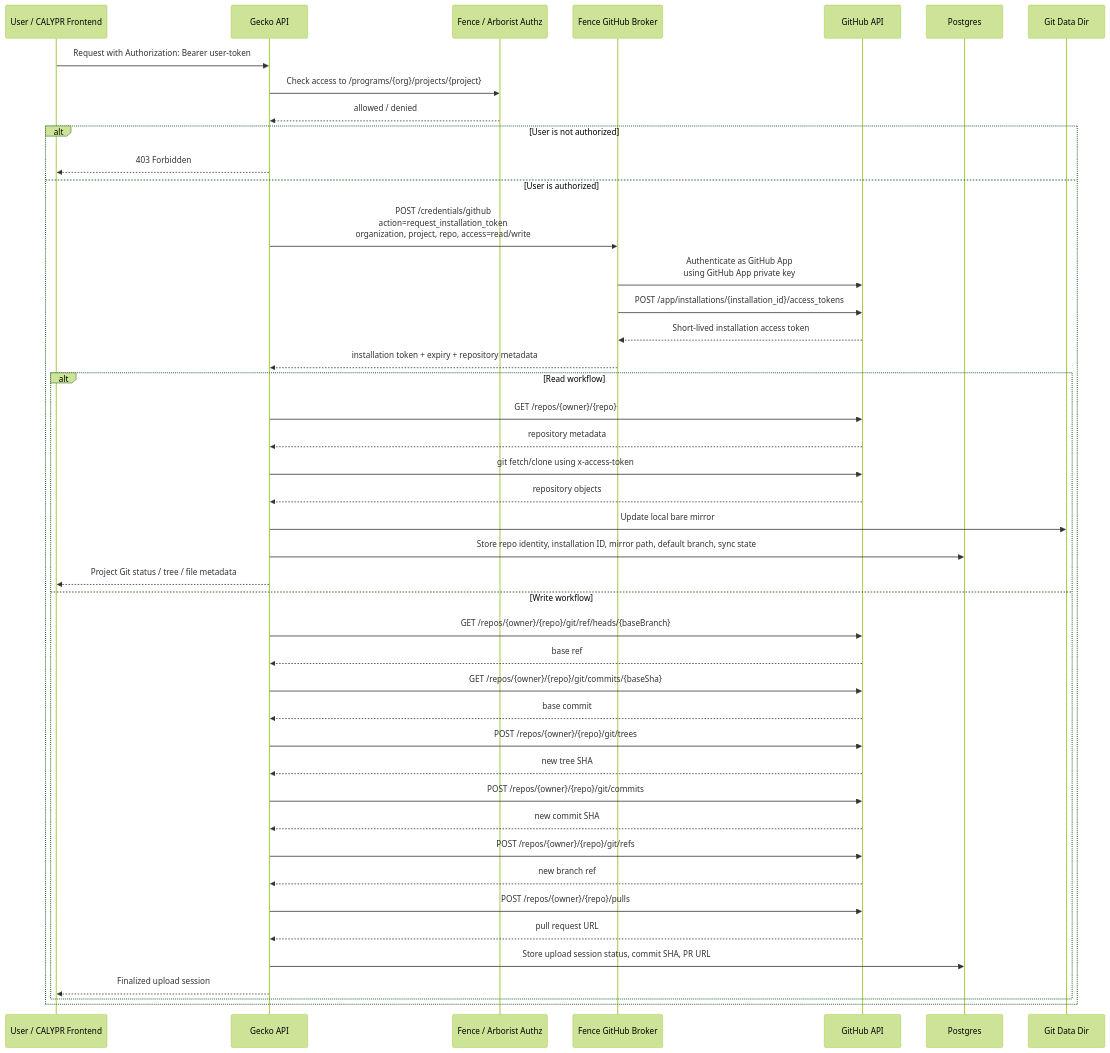
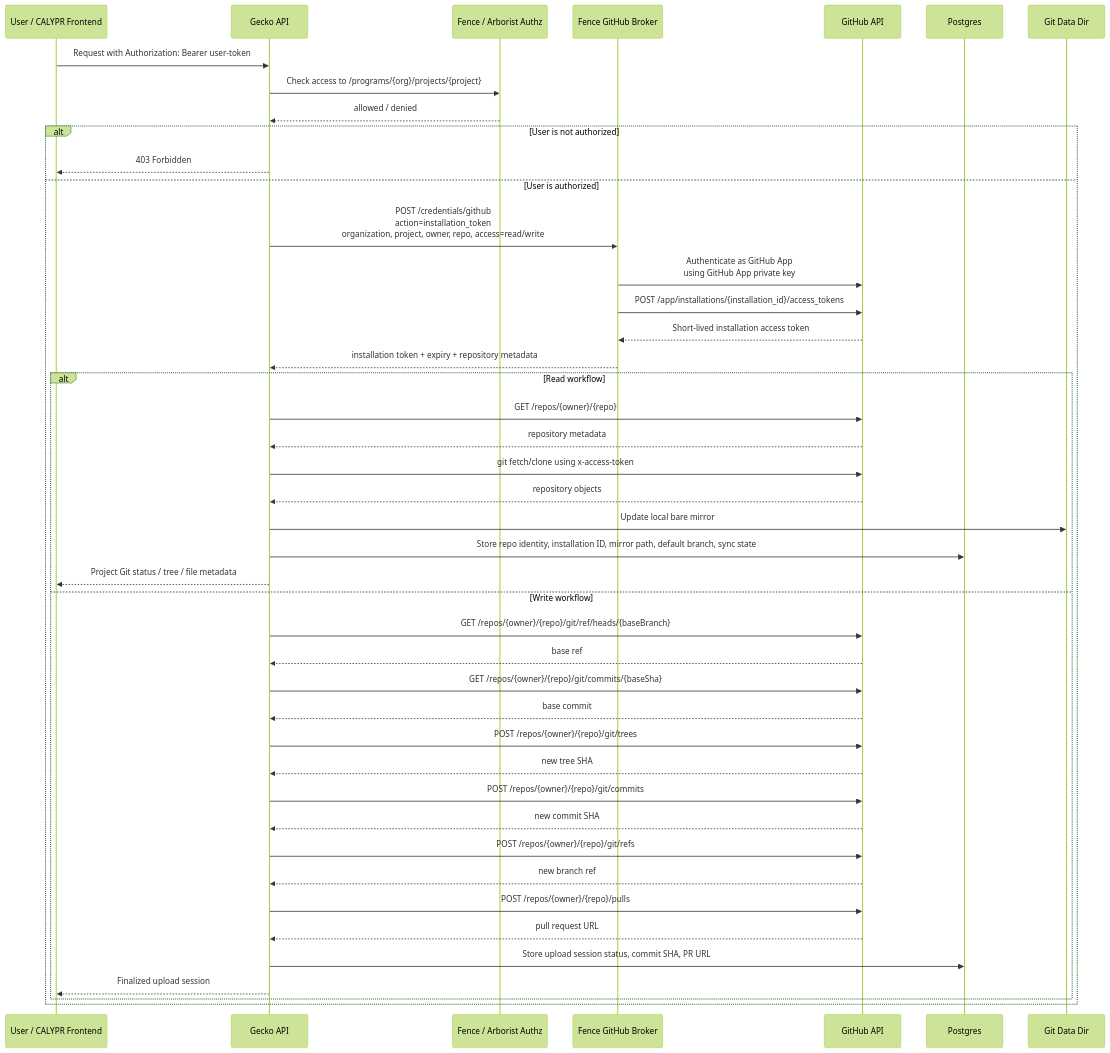
Before and after one commit to calypr/gecko: the fifth of 5 diagrams in docs/git-token-design.md, drawn with Mermaid (forest theme). The commit also changed other lines of this file, not shown here.

````diff
--- a/docs/git-token-design.md
+++ b/docs/git-token-design.md
@@ -271,50 +269,50 @@
 ```mermaid
 sequenceDiagram
     participant U as User / CALYPR Frontend
     participant G as Gecko API
     participant A as Fence / Arborist Authz
     participant F as Fence GitHub Broker
     participant GH as GitHub API
     participant DB as Postgres
     participant FS as Git Data Dir
 
     U->>G: Request with Authorization: Bearer user-token
 
     G->>A: Check access to /programs/{org}/projects/{project}
     A-->>G: allowed / denied
 
     alt User is not authorized
         G-->>U: 403 Forbidden
     else User is authorized
-        G->>F: POST /credentials/github<br/>action=request_installation_token<br/>organization, project, repo, access=read/write
+        G->>F: POST /credentials/github<br/>action=installation_token<br/>organization, project, owner, repo, access=read/write
         F->>GH: Authenticate as GitHub App<br/>using GitHub App private key
         F->>GH: POST /app/installations/{installation_id}/access_tokens
         GH-->>F: Short-lived installation access token
         F-->>G: installation token + expiry + repository metadata
 
         alt Read workflow
             G->>GH: GET /repos/{owner}/{repo}
             GH-->>G: repository metadata
             G->>GH: git fetch/clone using x-access-token
             GH-->>G: repository objects
             G->>FS: Update local bare mirror
             G->>DB: Store repo identity, installation ID, mirror path, default branch, sync state
             G-->>U: Project Git status / tree / file metadata
         else Write workflow
             G->>GH: GET /repos/{owner}/{repo}/git/ref/heads/{baseBranch}
             GH-->>G: base ref
             G->>GH: GET /repos/{owner}/{repo}/git/commits/{baseSha}
             GH-->>G: base commit
             G->>GH: POST /repos/{owner}/{repo}/git/trees
             GH-->>G: new tree SHA
             G->>GH: POST /repos/{owner}/{repo}/git/commits
             GH-->>G: new commit SHA
             G->>GH: POST /repos/{owner}/{repo}/git/refs
             GH-->>G: new branch ref
             G->>GH: POST /repos/{owner}/{repo}/pulls
             GH-->>G: pull request URL
             G->>DB: Store upload session status, commit SHA, PR URL
             G-->>U: Finalized upload session
         end
     end
 ```
````
